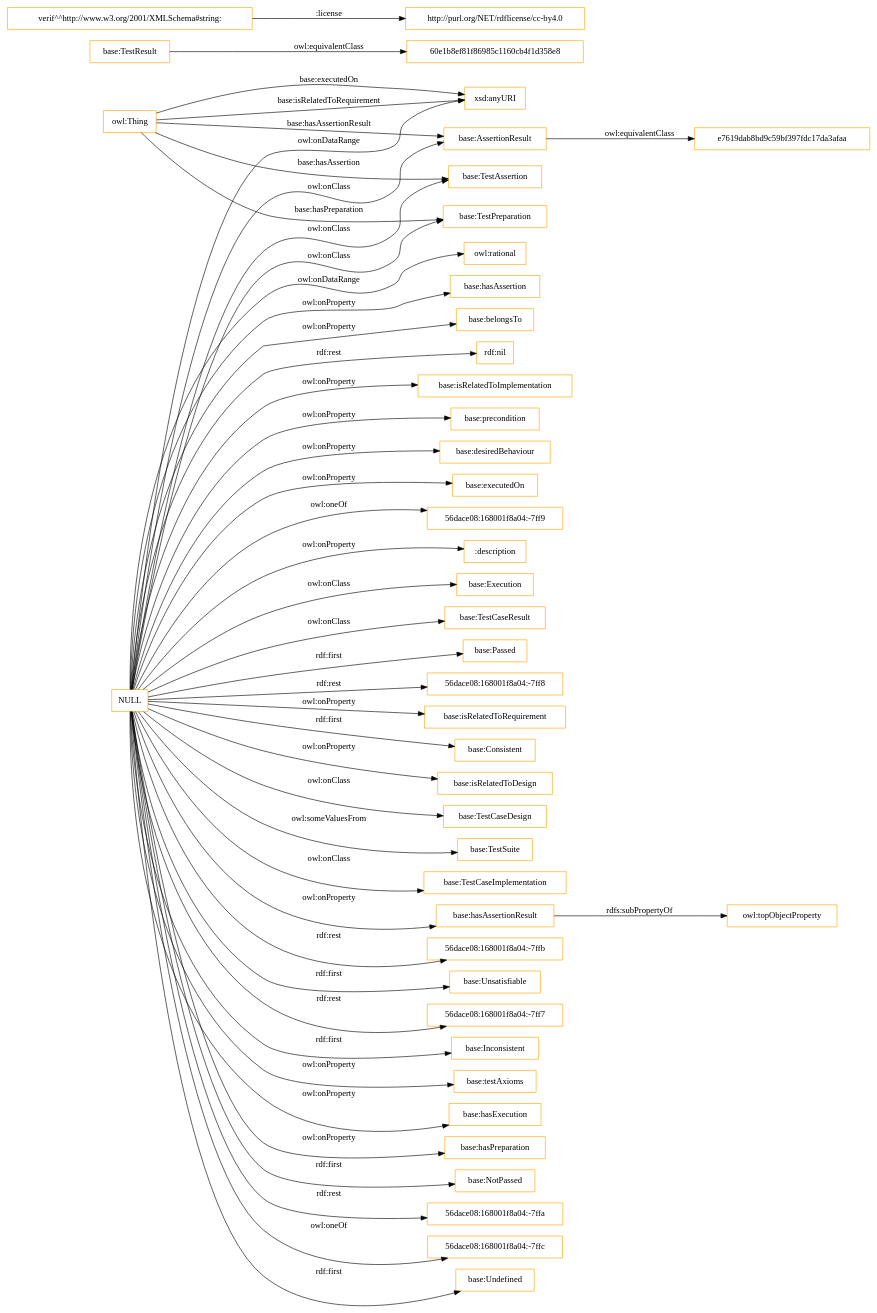
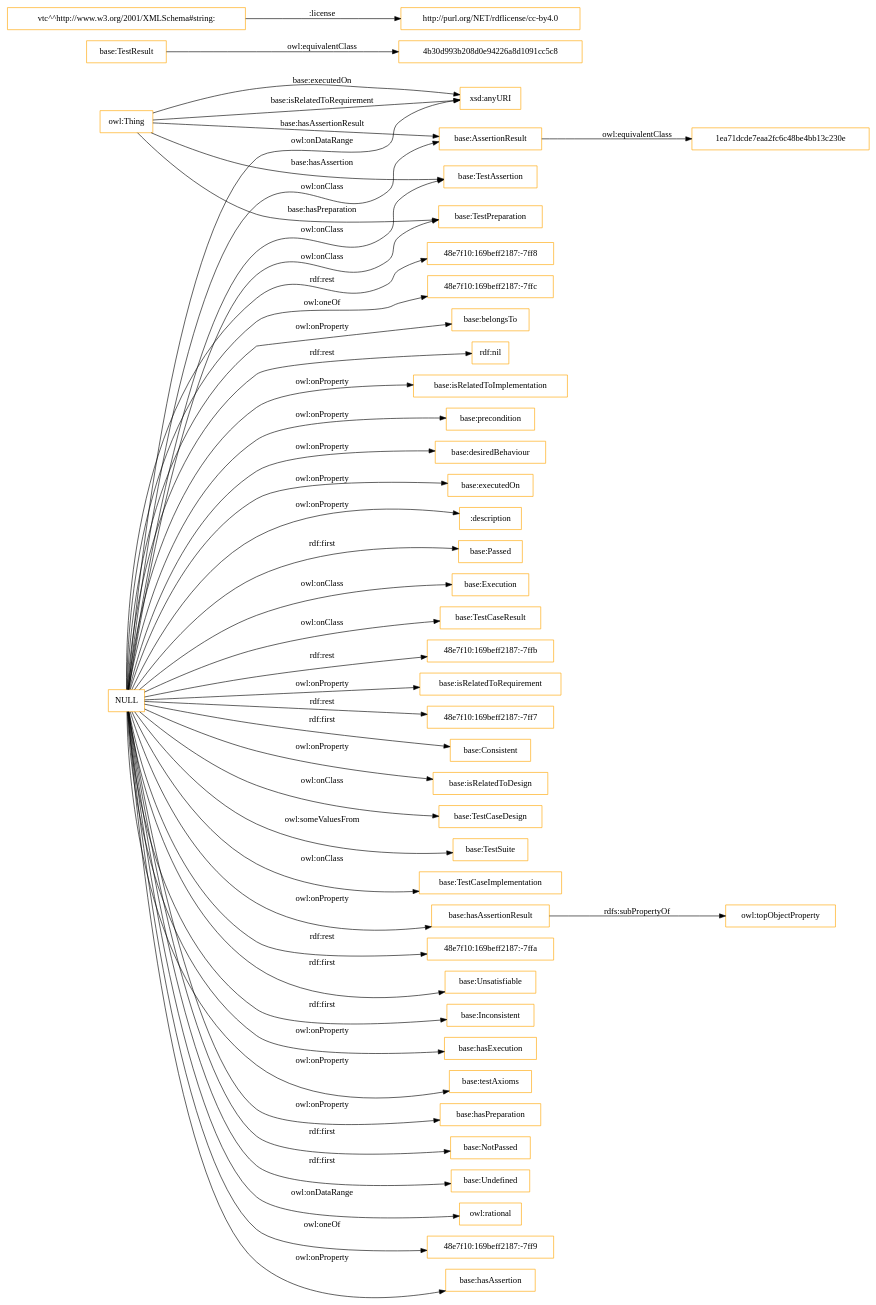
Before and after one commit to albaizq/test-verification-ontology: the diagram in OnToology/ontology/verification-test-description.ttl/diagrams/ar2dtool-class/verification-test-description.ttl.png.dot, drawn with Graphviz. The commit also changed 8 other files, not shown here.

```diff
--- a/OnToology/ontology/verification-test-description.ttl/diagrams/ar2dtool-class/verification-test-description.ttl.png.dot
+++ b/OnToology/ontology/verification-test-description.ttl/diagrams/ar2dtool-class/verification-test-description.ttl.png.dot
@@ -1,51 +1,51 @@
 digraph ar2dtool_diagram { 
 rankdir=LR;
 size="1501"
-node [shape = rectangle, color="orange"]; "base:Execution" "base:TestCaseResult" "base:AssertionResult" "base:TestResult" "base:TestCaseDesign" "60e1b8ef81f86985c1160cb4f1d358e8" "e7619dab8bd9c59bf397fdc17da3afaa" "base:TestSuite" "base:TestCaseImplementation" "base:TestAssertion" "base:TestPreparation" ; /*classes style*/
-	"base:AssertionResult" -> "e7619dab8bd9c59bf397fdc17da3afaa" [ label = "owl:equivalentClass" ];
+node [shape = rectangle, color="orange"]; "base:Execution" "4b30d993b208d0e94226a8d1091cc5c8" "base:TestCaseResult" "1ea71dcde7eaa2fc6c48be4bb13c230e" "base:AssertionResult" "base:TestResult" "base:TestCaseDesign" "base:TestSuite" "base:TestCaseImplementation" "base:TestAssertion" "base:TestPreparation" ; /*classes style*/
+	"base:AssertionResult" -> "1ea71dcde7eaa2fc6c48be4bb13c230e" [ label = "owl:equivalentClass" ];
 	"base:hasAssertionResult" -> "owl:topObjectProperty" [ label = "rdfs:subPropertyOf" ];
-	"base:TestResult" -> "60e1b8ef81f86985c1160cb4f1d358e8" [ label = "owl:equivalentClass" ];
+	"base:TestResult" -> "4b30d993b208d0e94226a8d1091cc5c8" [ label = "owl:equivalentClass" ];
 	"NULL" -> "base:Execution" [ label = "owl:onClass" ];
-	"NULL" -> "56dace08:168001f8a04:-7ffb" [ label = "rdf:rest" ];
+	"NULL" -> "48e7f10:169beff2187:-7ffa" [ label = "rdf:rest" ];
+	"NULL" -> "base:TestCaseResult" [ label = "owl:onClass" ];
 	"NULL" -> "base:Unsatisfiable" [ label = "rdf:first" ];
-	"NULL" -> "56dace08:168001f8a04:-7ff7" [ label = "rdf:rest" ];
-	"NULL" -> "base:TestCaseResult" [ label = "owl:onClass" ];
 	"NULL" -> "base:Inconsistent" [ label = "rdf:first" ];
+	"NULL" -> "base:hasExecution" [ label = "owl:onProperty" ];
 	"NULL" -> "base:testAxioms" [ label = "owl:onProperty" ];
-	"NULL" -> "base:hasExecution" [ label = "owl:onProperty" ];
 	"NULL" -> "base:hasPreparation" [ label = "owl:onProperty" ];
 	"NULL" -> "base:NotPassed" [ label = "rdf:first" ];
 	"NULL" -> "base:TestCaseImplementation" [ label = "owl:onClass" ];
-	"NULL" -> "56dace08:168001f8a04:-7ffa" [ label = "rdf:rest" ];
-	"NULL" -> "56dace08:168001f8a04:-7ffc" [ label = "owl:oneOf" ];
 	"NULL" -> "base:Undefined" [ label = "rdf:first" ];
+	"NULL" -> "base:TestPreparation" [ label = "owl:onClass" ];
 	"NULL" -> "owl:rational" [ label = "owl:onDataRange" ];
-	"NULL" -> "base:TestPreparation" [ label = "owl:onClass" ];
+	"NULL" -> "48e7f10:169beff2187:-7ff9" [ label = "owl:oneOf" ];
 	"NULL" -> "base:hasAssertion" [ label = "owl:onProperty" ];
 	"NULL" -> "base:TestCaseDesign" [ label = "owl:onClass" ];
+	"NULL" -> "48e7f10:169beff2187:-7ff8" [ label = "rdf:rest" ];
+	"NULL" -> "48e7f10:169beff2187:-7ffc" [ label = "owl:oneOf" ];
+	"NULL" -> "base:AssertionResult" [ label = "owl:onClass" ];
 	"NULL" -> "base:belongsTo" [ label = "owl:onProperty" ];
-	"NULL" -> "base:AssertionResult" [ label = "owl:onClass" ];
 	"NULL" -> "rdf:nil" [ label = "rdf:rest" ];
 	"NULL" -> "base:isRelatedToImplementation" [ label = "owl:onProperty" ];
 	"NULL" -> "base:precondition" [ label = "owl:onProperty" ];
 	"NULL" -> "base:desiredBehaviour" [ label = "owl:onProperty" ];
 	"NULL" -> "base:executedOn" [ label = "owl:onProperty" ];
-	"NULL" -> "56dace08:168001f8a04:-7ff9" [ label = "owl:oneOf" ];
 	"NULL" -> ":description" [ label = "owl:onProperty" ];
 	"NULL" -> "base:hasAssertionResult" [ label = "owl:onProperty" ];
 	"NULL" -> "base:Passed" [ label = "rdf:first" ];
-	"NULL" -> "56dace08:168001f8a04:-7ff8" [ label = "rdf:rest" ];
+	"NULL" -> "48e7f10:169beff2187:-7ffb" [ label = "rdf:rest" ];
 	"NULL" -> "base:isRelatedToRequirement" [ label = "owl:onProperty" ];
+	"NULL" -> "48e7f10:169beff2187:-7ff7" [ label = "rdf:rest" ];
 	"NULL" -> "xsd:anyURI" [ label = "owl:onDataRange" ];
 	"NULL" -> "base:TestSuite" [ label = "owl:someValuesFrom" ];
 	"NULL" -> "base:TestAssertion" [ label = "owl:onClass" ];
 	"NULL" -> "base:Consistent" [ label = "rdf:first" ];
 	"NULL" -> "base:isRelatedToDesign" [ label = "owl:onProperty" ];
-	"verif^^http://www.w3.org/2001/XMLSchema#string:" -> "http://purl.org/NET/rdflicense/cc-by4.0" [ label = ":license" ];
+	"vtc^^http://www.w3.org/2001/XMLSchema#string:" -> "http://purl.org/NET/rdflicense/cc-by4.0" [ label = ":license" ];
 	"owl:Thing" -> "base:TestAssertion" [ label = "base:hasAssertion" ];
 	"owl:Thing" -> "base:TestPreparation" [ label = "base:hasPreparation" ];
 	"owl:Thing" -> "xsd:anyURI" [ label = "base:executedOn" ];
 	"owl:Thing" -> "base:AssertionResult" [ label = "base:hasAssertionResult" ];
 	"owl:Thing" -> "xsd:anyURI" [ label = "base:isRelatedToRequirement" ];
 
 }
```
